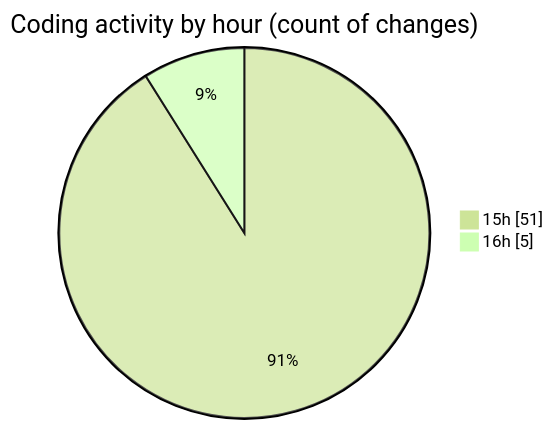
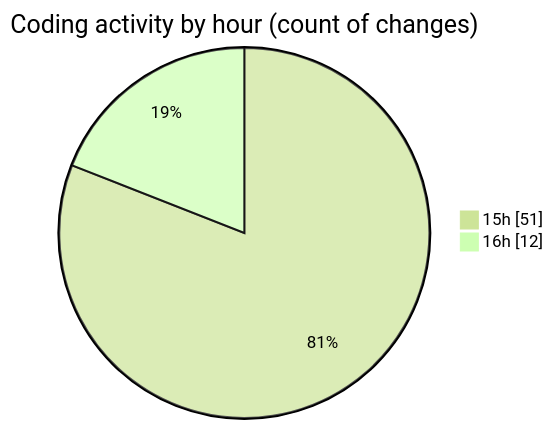
The second of 2 diagrams in 2025-05-10/elitesun/README.md (Elitesun/code-tracking), drawn with Mermaid (forest theme) before and after one commit. The commit also changed other lines of this file and 1 other file, not shown here.

````diff
--- a/2025-05-10/elitesun/README.md
+++ b/2025-05-10/elitesun/README.md
@@ -57,6 +57,6 @@
 ```mermaid
 pie showData
 title Coding activity by hour (count of changes)
 "15h" : 51
-"16h" : 5
+"16h" : 12
 ```
````
